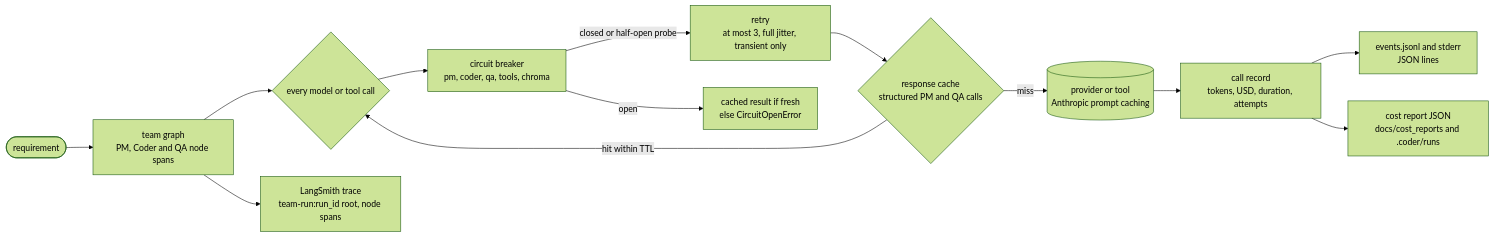
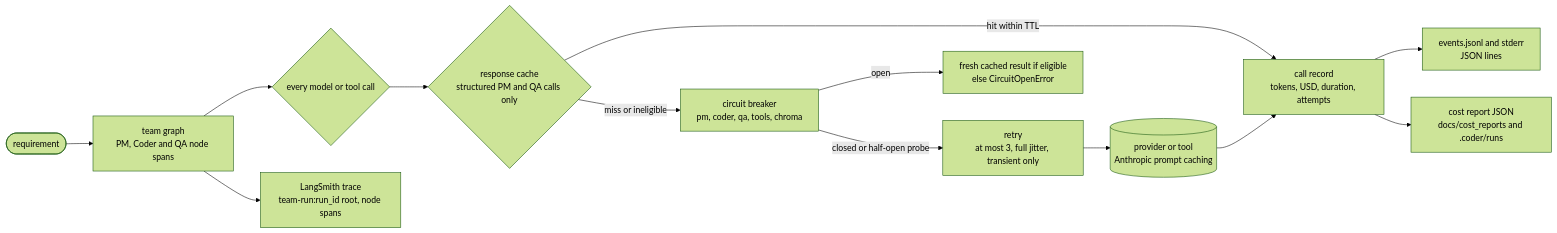
The third of 3 diagrams in README.md (darwinz/multi-agent-dev-team), drawn with Mermaid (forest theme) before and after one commit. The commit also changed other lines of this file and 1 other file, not shown here.

Commit message:
docs: fix v4 call-order diagram, Coder model in intro, exit-1 note

````diff
--- a/README.md
+++ b/README.md
@@ -257,15 +257,15 @@
 ```mermaid
 flowchart LR
     REQ([requirement]) --> TEAM[team graph<br/>PM, Coder and QA node spans]
     TEAM --> CALL{every model or tool call}
-    CALL --> BRK[circuit breaker<br/>pm, coder, qa, tools, chroma]
+    CALL --> CACHE{response cache<br/>structured PM and QA calls only}
+    CACHE -->|"hit within TTL"| REC
+    CACHE -->|"miss or ineligible"| BRK[circuit breaker<br/>pm, coder, qa, tools, chroma]
+    BRK -->|"open"| OPENERR[fresh cached result if eligible<br/>else CircuitOpenError]
     BRK -->|"closed or half-open probe"| RETRY[retry<br/>at most 3, full jitter, transient only]
-    BRK -->|"open"| FALLBACK[cached result if fresh<br/>else CircuitOpenError]
-    RETRY --> CACHE{response cache<br/>structured PM and QA calls}
-    CACHE -->|"hit within TTL"| CALL
-    CACHE -->|"miss"| PROVIDER[(provider or tool<br/>Anthropic prompt caching)]
+    RETRY --> PROVIDER[(provider or tool<br/>Anthropic prompt caching)]
     PROVIDER --> REC[call record<br/>tokens, USD, duration, attempts]
     REC --> LOGS[events.jsonl and stderr<br/>JSON lines]
     REC --> COST[cost report JSON<br/>docs/cost_reports and .coder/runs]
     TEAM --> TRACE[LangSmith trace<br/>team-run:run_id root, node spans]
 ```
````
